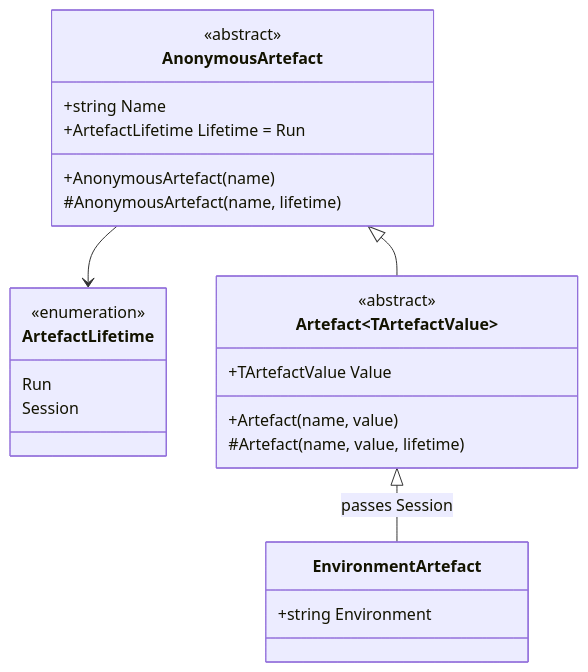
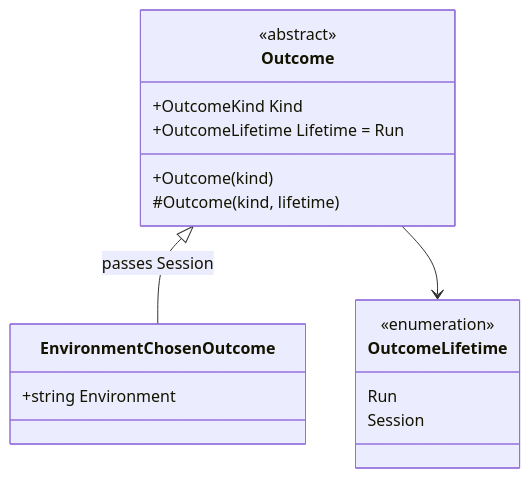
The fourth of 6 diagrams in docs/investigations/0011-can-an-artefact-outlive-the-run-that-made-it.md (KitCli/KitCli), drawn with Mermaid before and after one commit. The commit also changed other lines of this file and 18 other files, not shown here.

First line of the commit message:
feat(workflow): keep an outcome for the whole session (#337)

````diff
--- a/docs/investigations/0011-can-an-artefact-outlive-the-run-that-made-it.md
+++ b/docs/investigations/0011-can-an-artefact-outlive-the-run-that-made-it.md
@@ -84,27 +84,20 @@
 ```mermaid
 classDiagram
-    class ArtefactLifetime {
+    class OutcomeLifetime {
         <<enumeration>>
         Run
         Session
     }
-    class AnonymousArtefact {
+    class Outcome {
         <<abstract>>
-        +string Name
-        +ArtefactLifetime Lifetime = Run
-        +AnonymousArtefact(name)
-        #AnonymousArtefact(name, lifetime)
+        +OutcomeKind Kind
+        +OutcomeLifetime Lifetime = Run
+        +Outcome(kind)
+        #Outcome(kind, lifetime)
     }
-    class Artefact~TArtefactValue~ {
-        <<abstract>>
-        +TArtefactValue Value
-        +Artefact(name, value)
-        #Artefact(name, value, lifetime)
-    }
-    class EnvironmentArtefact {
+    class EnvironmentChosenOutcome {
         +string Environment
     }
-    AnonymousArtefact <|-- Artefact
-    Artefact <|-- EnvironmentArtefact : passes Session
-    AnonymousArtefact --> ArtefactLifetime
+    Outcome <|-- EnvironmentChosenOutcome : passes Session
+    Outcome --> OutcomeLifetime
 ```
````
